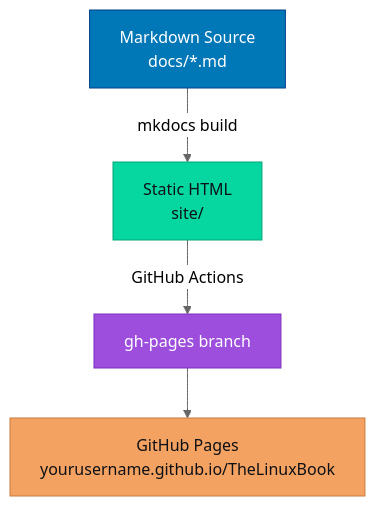
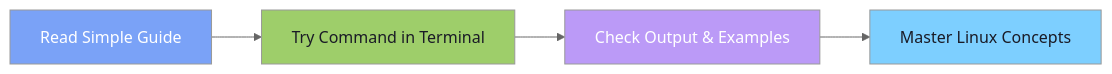
One commit to Pruthviraj-333/TheLinuxBook changed the diagram in docs/index.md. Above: the diagram before and after it, drawn with Mermaid (neutral theme). The commit also changed other lines of this file and 7 other files, not shown here.

````diff
--- a/docs/index.md
+++ b/docs/index.md
@@ -143,11 +124,11 @@
 ```mermaid
-graph TD
-    A[Markdown Source<br/>docs/*.md] -->|mkdocs build| B[Static HTML<br/>site/]
-    B -->|GitHub Actions| C[gh-pages branch]
-    C --> D[GitHub Pages<br/>yourusername.github.io/TheLinuxBook]
+graph LR
+    A[Read Simple Guide] --> B[Try Command in Terminal]
+    B --> C[Check Output & Examples]
+    C --> D[Master Linux Concepts]
 
-    style A fill:#0077b6,color:#fff,stroke:#023e8a
-    style B fill:#06d6a0,color:#0d1117,stroke:#04a57a
-    style C fill:#9d4edd,color:#fff,stroke:#7b2fbe
-    style D fill:#f4a261,color:#0d1117,stroke:#c77b3c
+    style A fill:#7aa2f7,color:#fff
+    style B fill:#9ece6a,color:#1a1b26
+    style C fill:#bb9af7,color:#fff
+    style D fill:#7dcfff,color:#1a1b26
 ```
````
